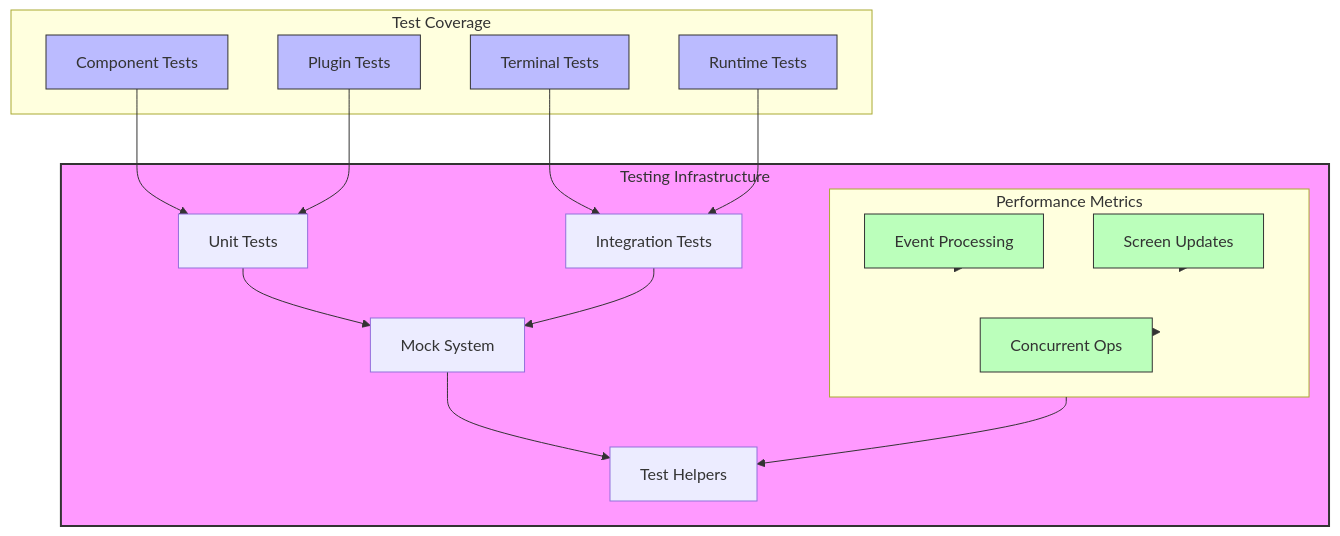
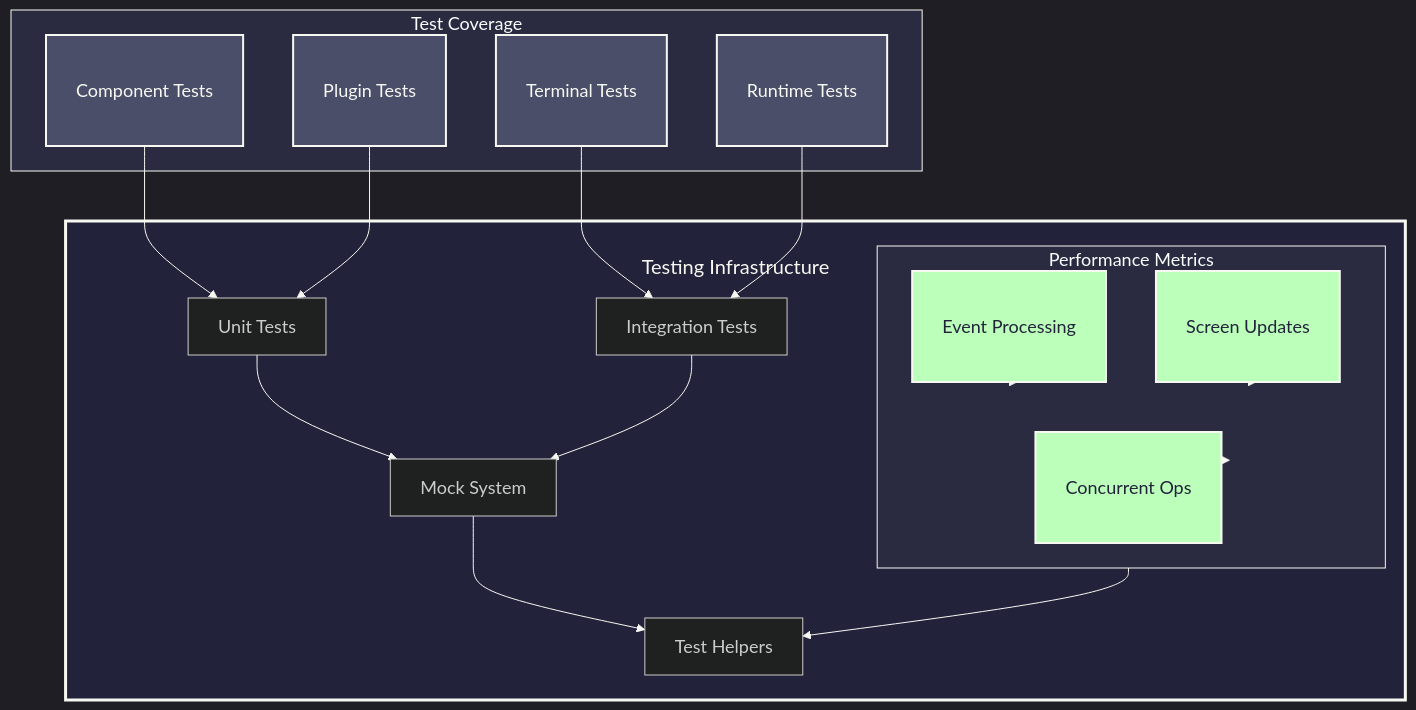
The fifth of 5 diagrams in docs/ARCHITECTURE.md (Hydepwns/raxol), drawn with Mermaid before and after one commit. The commit also changed other lines of this file and 1 other file, not shown here.

````diff
--- a/docs/ARCHITECTURE.md
+++ b/docs/ARCHITECTURE.md
@@ -269,48 +265,49 @@
 ```mermaid
+%%{init: { 'theme': 'dark', 'themeVariables': { 'fontSize': '18px', 'fontFamily': 'Inter, Arial, sans-serif', 'primaryColor': '#22223b', 'primaryTextColor': '#f8f8f2', 'primaryBorderColor': '#f8f8f2', 'lineColor': '#f8f8f2', 'edgeLabelBackground':'#22223b', 'clusterBkg':'#2a2a40', 'clusterBorder':'#f8f8f2' } } }%%
 graph TB
     subgraph TestInfra["Testing Infrastructure"]
         Unit[Unit Tests]
         Integration[Integration Tests]
         Performance[Performance Tests]
         Mocks[Mock System]
         Helpers[Test Helpers]
     end
 
     subgraph Coverage["Test Coverage"]
         Components[Component Tests]
         Plugins[Plugin Tests]
         Terminal[Terminal Tests]
         Runtime[Runtime Tests]
     end
 
     subgraph Performance["Performance Metrics"]
         Events[Event Processing]
         Screen[Screen Updates]
         Concurrent[Concurrent Ops]
     end
 
     %% Test Infrastructure Connections
     Unit --> Mocks
     Integration --> Mocks
     Performance --> Helpers
     Mocks --> Helpers
 
     %% Coverage Connections
     Components --> Unit
     Plugins --> Unit
     Terminal --> Integration
     Runtime --> Integration
 
     %% Performance Connections
     Events --> Performance
     Screen --> Performance
     Concurrent --> Performance
 
     %% Style
-    classDef infra fill:#f9f,stroke:#333,stroke-width:2px
-    classDef coverage fill:#bbf,stroke:#333,stroke-width:1px
-    classDef metrics fill:#bfb,stroke:#333,stroke-width:1px
+    classDef infra fill:#22223b,stroke:#f8f8f2,stroke-width:3px,color:#f8f8f2,font-size:20px,padding:16px;
+    classDef coverage fill:#4a4e69,stroke:#f8f8f2,stroke-width:2px,color:#f8f8f2,font-size:18px,padding:12px;
+    classDef metrics fill:#bfb,stroke:#f8f8f2,stroke-width:2px,color:#22223b,font-size:18px,padding:12px;
     class TestInfra infra
     class Components,Plugins,Terminal,Runtime coverage
     class Events,Screen,Concurrent metrics
 ```
````
